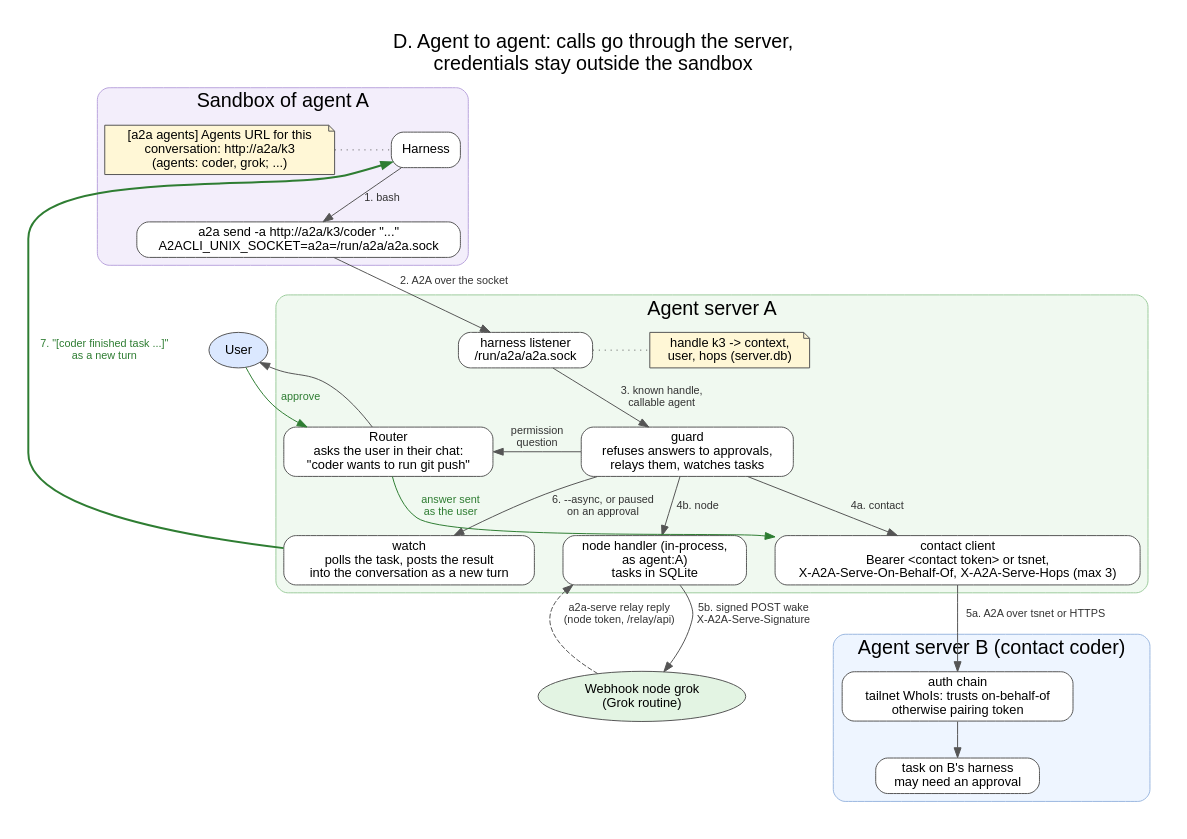
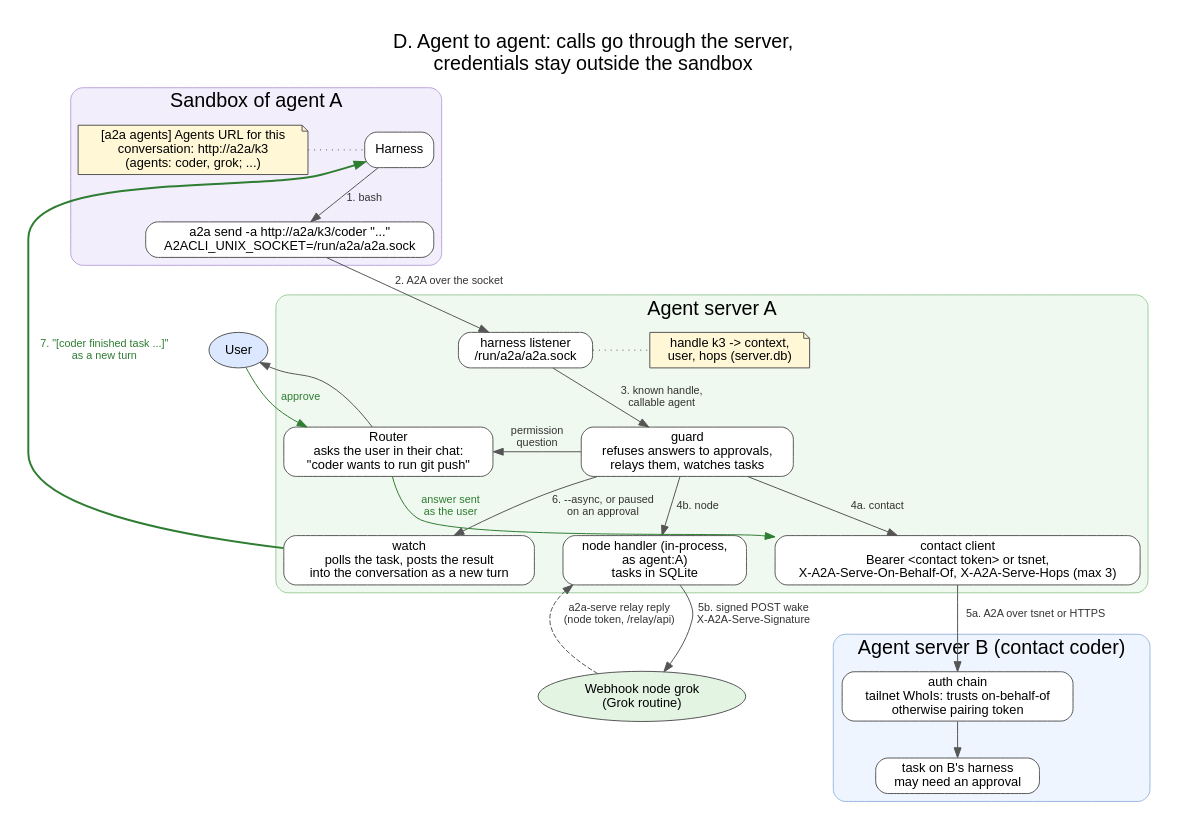
Before and after one commit to a2aproject/a2a-serve: the diagram in docs/graphs/agent-server-a2a.dot, drawn with Graphviz. The commit also changed 28 other files, not shown here.

```diff
--- a/docs/graphs/agent-server-a2a.dot
+++ b/docs/graphs/agent-server-a2a.dot
@@ -1,67 +1,67 @@
 // D. Agent to agent: the harness calls a contact or a webhook node with the
 // a2a CLI, and the server makes the call with its own identity.
 // Render: dot -Tpng -Gdpi=110 agent-server-a2a.dot -o agent-server-a2a.png
 digraph agent_server_a2a {
   rankdir=TB;
   graph [fontname="Helvetica", nodesep=0.4, ranksep=0.5, pad=0.3, newrank=true,
          label="D. Agent to agent: calls go through the server,\ncredentials stay outside the sandbox", labelloc=t, fontsize=20];
   node  [fontname="Helvetica", fontsize=13, shape=box, style="rounded,filled", fillcolor="#ffffff", color="#555555"];
   edge  [fontname="Helvetica", fontsize=11, color="#555555", fontcolor="#333333"];
 
   subgraph cluster_sandbox {
     label="Sandbox of agent A"; style="rounded,filled"; fillcolor="#f3eefb"; color="#b9a4dd";
     { rank=same;
       Prompt  [label="[a2a agents] Agents URL for this\nconversation: http://a2a/k3\n(agents: coder, grok; ...)", shape=note, fillcolor="#fff7d6"];
       Harness [label="Harness"];
     }
-    CLI [label="a2a send -a http://a2a/k3/coder \"...\"\nA2ACLI_UNIX_SOCKET=a2a=/run/a2a/a2a.sock"];
+    CLI [label="a2a send -a http://a2a/k3/coder \"...\"\nA2ACLI_UNIX_SOCKET=/run/a2a/a2a.sock"];
   }
 
   User [label="User", shape=ellipse, fillcolor="#dbe8ff"];
 
   subgraph cluster_a {
     label="Agent server A"; style="rounded,filled"; fillcolor="#f0f9f0"; color="#9ccc9c";
     { rank=same;
       Sock    [label="harness listener\n/run/a2a/a2a.sock"];
       Handles [label="handle k3 -> context,\nuser, hops (server.db)", shape=note, fillcolor="#fff7d6"];
     }
     { rank=same;
       Guard   [label="guard\nrefuses answers to approvals,\nrelays them, watches tasks"];
       Router  [label="Router\nasks the user in their chat:\n\"coder wants to run git push\""];
     }
     { rank=same;
       Watch   [label="watch\npolls the task, posts the result\ninto the conversation as a new turn"];
       NodeH   [label="node handler (in-process,\nas agent:A)\ntasks in SQLite"];
       Client  [label="contact client\nBearer <contact token> or tsnet,\nX-A2A-Serve-On-Behalf-Of, X-A2A-Serve-Hops (max 3)"];
     }
   }
 
   Webhook [label="Webhook node grok\n(Grok routine)", shape=ellipse, fillcolor="#e3f4e3"];
 
   subgraph cluster_b {
     label="Agent server B (contact coder)"; style="rounded,filled"; fillcolor="#eef5ff"; color="#9bb7e0";
     AuthB  [label="auth chain\ntailnet WhoIs: trusts on-behalf-of\notherwise pairing token"];
     TaskB  [label="task on B's harness\nmay need an approval"];
   }
 
 
   { rank=same; Webhook; AuthB; }
 
   Prompt -> Harness [style=dotted, dir=none];
   Harness -> CLI [label="1. bash"];
   CLI -> Sock    [label="2. A2A over the socket"];
   Sock -> Handles [style=dotted, dir=none];
   Sock -> Guard  [label="3. known handle,\ncallable agent"];
   Guard -> Client [label="4a. contact"];
   Guard -> NodeH  [label="4b. node"];
   Guard -> Watch  [label="6. --async, or paused\non an approval"];
   Guard -> Router [label="permission\nquestion"];
   Router -> User;
   User -> Router [label="approve", color="#2e7d32", fontcolor="#2e7d32"];
   Router -> Client [label="answer sent\nas the user", color="#2e7d32", fontcolor="#2e7d32"];
   Client -> AuthB [label="5a. A2A over tsnet or HTTPS"];
   AuthB -> TaskB;
   NodeH -> Webhook [label="5b. signed POST wake\nX-A2A-Serve-Signature"];
   Webhook -> NodeH [label="a2a-serve relay reply\n(node token, /relay/api)", style=dashed];
   Harness -> Watch [label="7. \"[coder finished task ...]\"\nas a new turn", style=bold, color="#2e7d32", fontcolor="#2e7d32", dir=back];
 }
```
